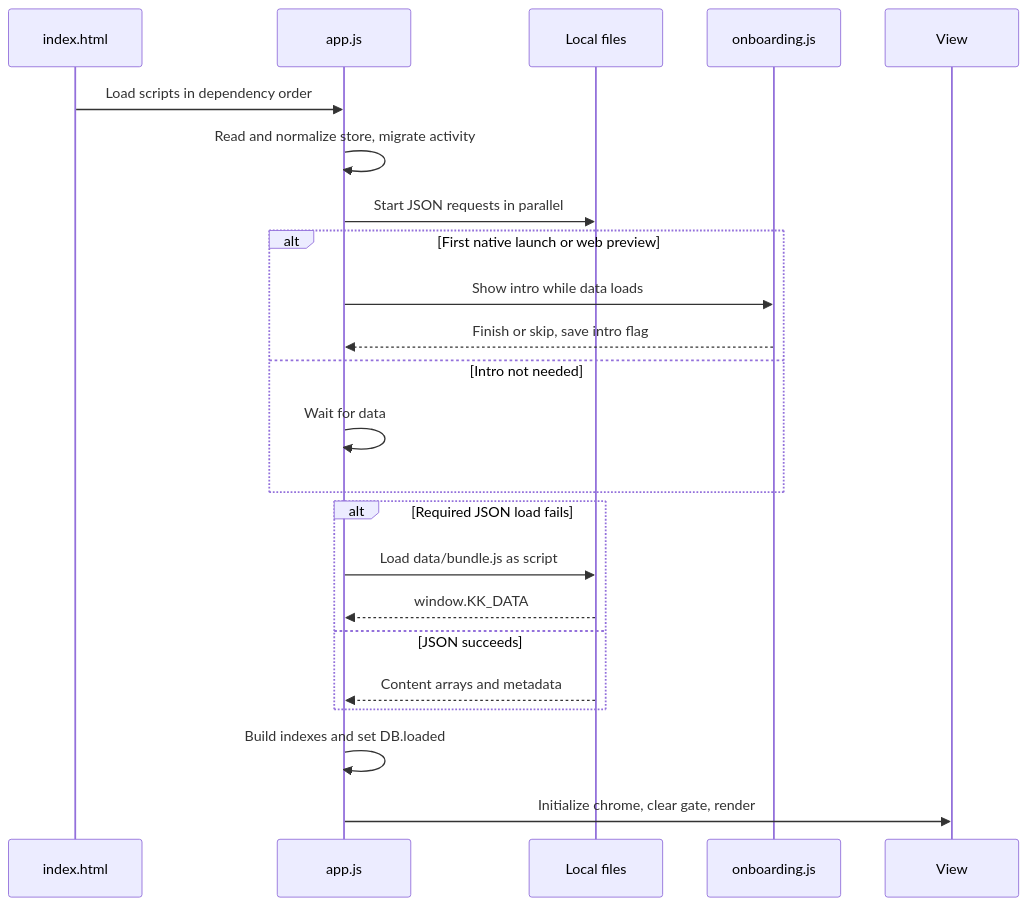
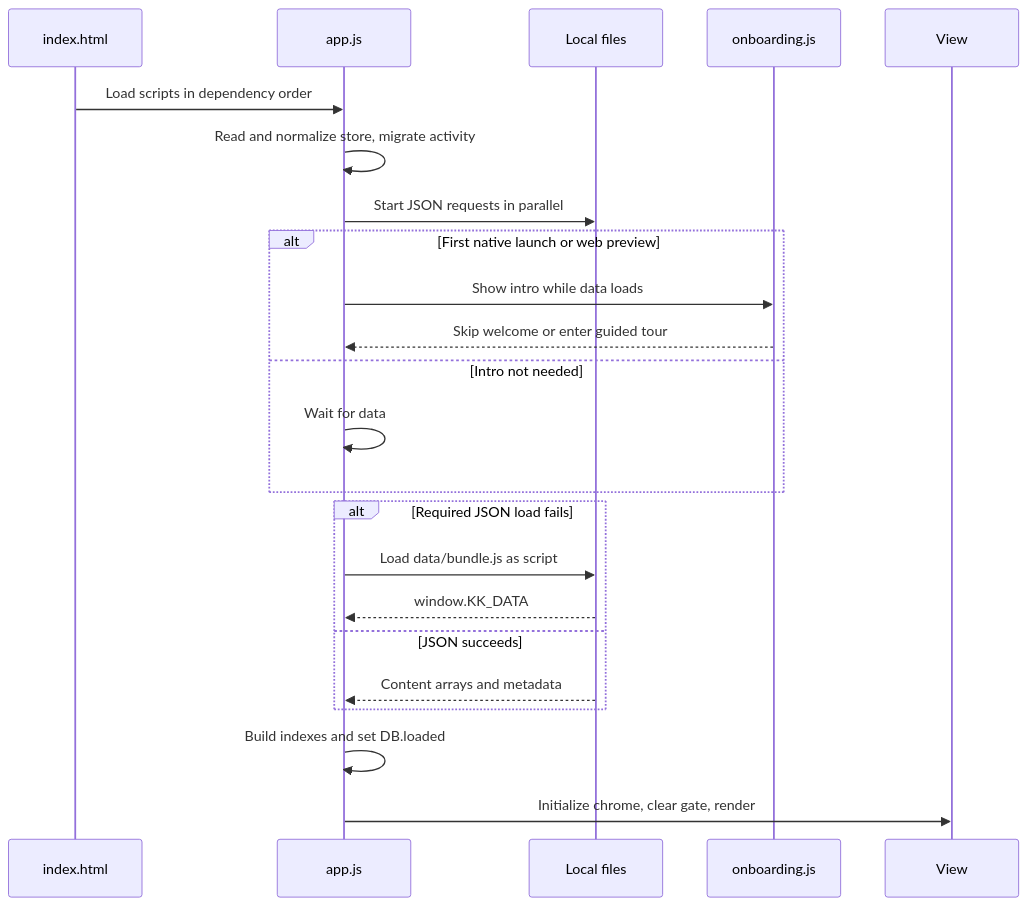
One commit to rummanrc/pengo changed the second of 3 diagrams in docs/architecture.md. Above: the diagram before and after it, drawn with Mermaid. The commit also changed other lines of this file and 55 other files, not shown here.

````diff
--- a/docs/architecture.md
+++ b/docs/architecture.md
@@ -61,25 +64,25 @@
 ```mermaid
 sequenceDiagram
     participant H as index.html
     participant A as app.js
     participant L as Local files
     participant O as onboarding.js
     participant V as View
     H->>A: Load scripts in dependency order
     A->>A: Read and normalize store, migrate activity
     A->>L: Start JSON requests in parallel
     alt First native launch or web preview
         A->>O: Show intro while data loads
-        O-->>A: Finish or skip, save intro flag
+        O-->>A: Skip welcome or enter guided tour
     else Intro not needed
         A->>A: Wait for data
     end
     alt Required JSON load fails
         A->>L: Load data/bundle.js as script
         L-->>A: window.KK_DATA
     else JSON succeeds
         L-->>A: Content arrays and metadata
     end
     A->>A: Build indexes and set DB.loaded
     A->>V: Initialize chrome, clear gate, render
 ```
````
